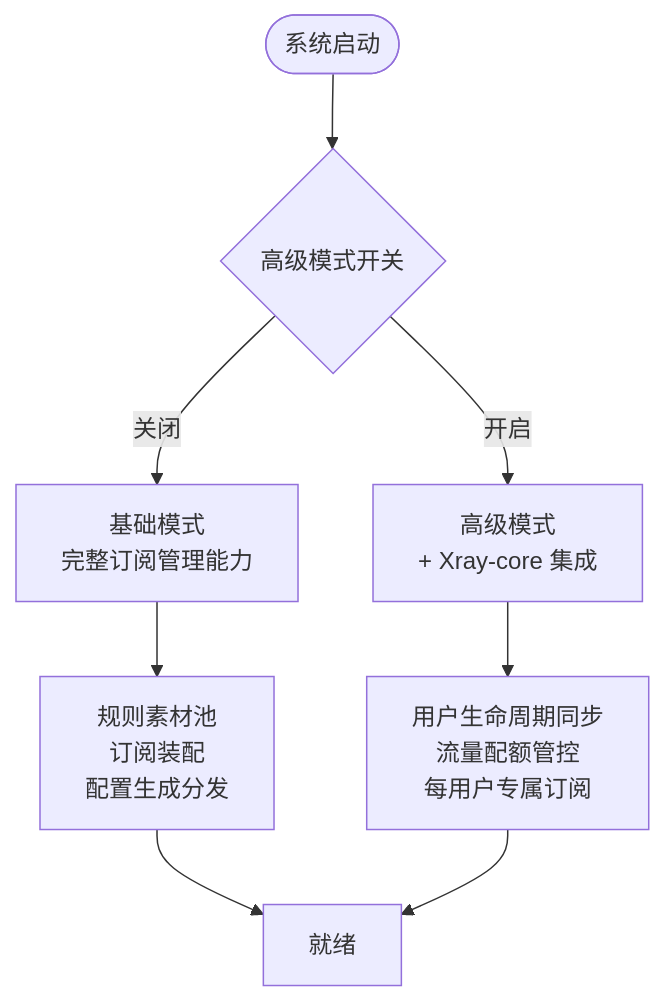
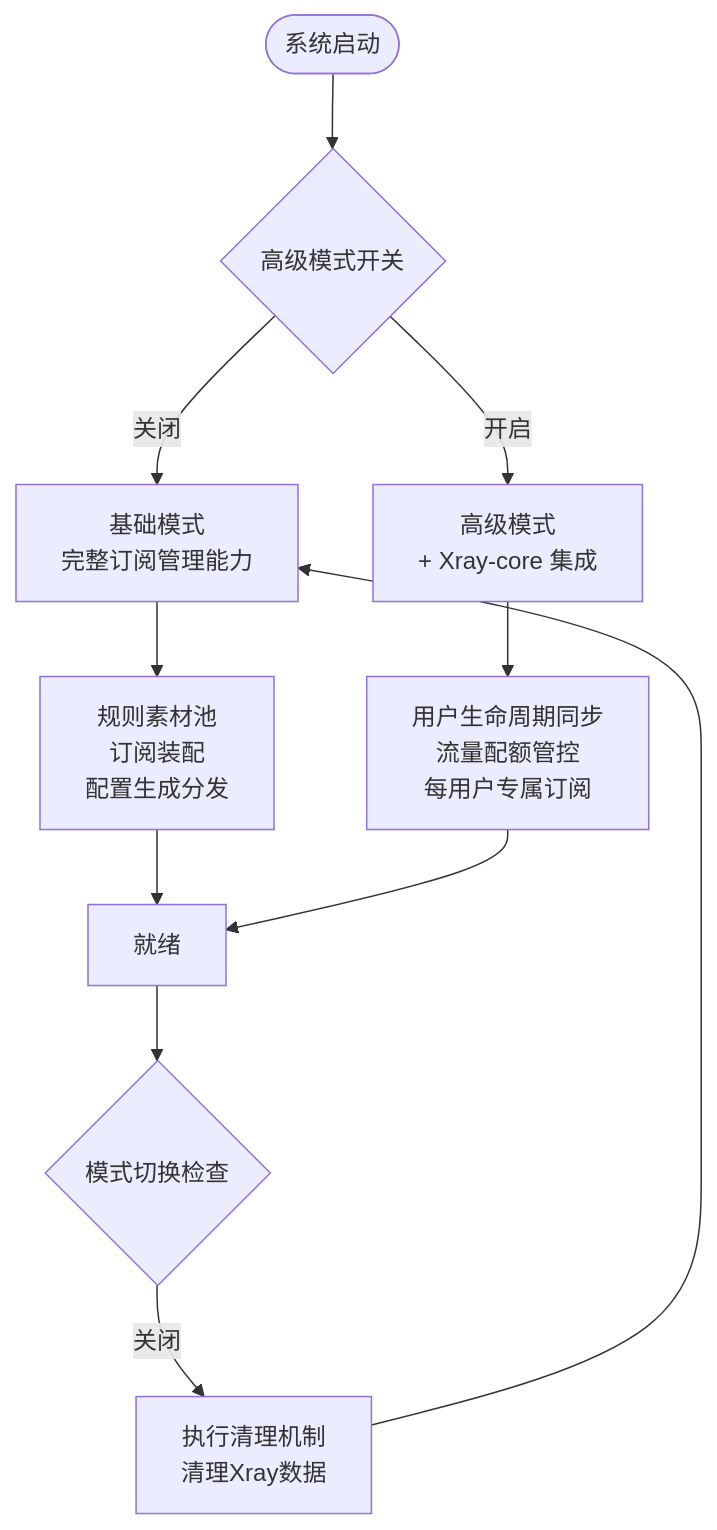
Before and after one commit to AlcaProphet/VPN-Subscription-Management: the third of 8 diagrams in .qoder/repowiki/zh/content/架构设计/架构设计.md, drawn with Mermaid. The commit also changed other lines of this file and 6 other files, not shown here.

````diff
--- a/.qoder/repowiki/zh/content/架构设计/架构设计.md
+++ b/.qoder/repowiki/zh/content/架构设计/架构设计.md
@@ -145,10 +164,13 @@
 ```mermaid
 flowchart TD
 Start(["系统启动"]) --> CheckMode{"高级模式开关"}
 CheckMode --> |关闭| Basic["基础模式<br/>完整订阅管理能力"]
 CheckMode --> |开启| Advanced["高级模式<br/>+ Xray-core 集成"]
 Basic --> Features1["规则素材池<br/>订阅装配<br/>配置生成分发"]
 Advanced --> Features2["用户生命周期同步<br/>流量配额管控<br/>每用户专属订阅"]
 Features1 --> Ready["就绪"]
 Features2 --> Ready
+Ready --> SwitchCheck{"模式切换检查"}
+SwitchCheck --> |关闭| Cleanup["执行清理机制<br/>清理Xray数据"]
+Cleanup --> Basic
 ```
````
